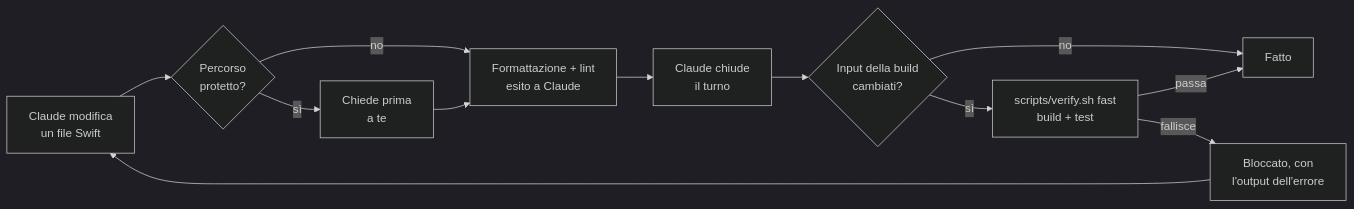
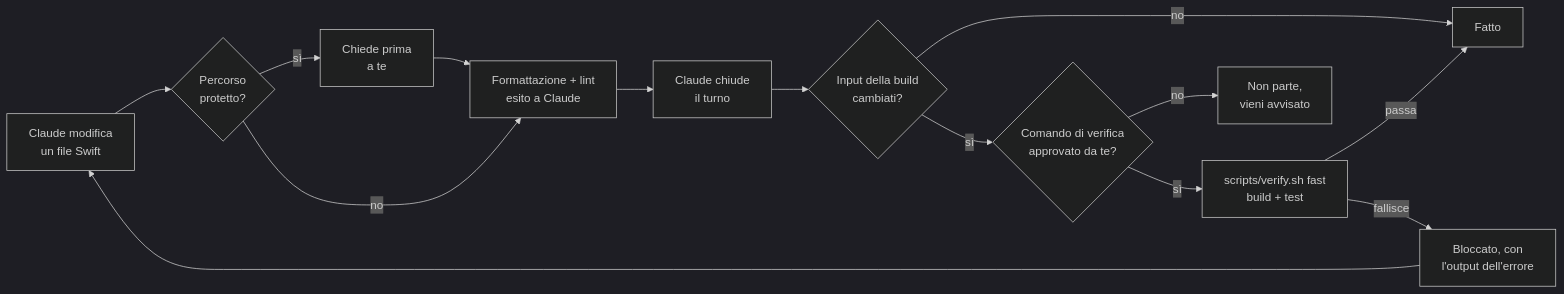
One commit to davidelarocca/mac-dev-plugins changed the diagram in README.it.md. Above: the diagram before and after it, drawn with Mermaid (dark theme). The commit also changed other lines of this file and 13 other files, not shown here.

````diff
--- a/README.it.md
+++ b/README.it.md
@@ -51,14 +51,16 @@
 ```mermaid
 flowchart LR
     A["Claude modifica<br/>un file Swift"] --> B{"Percorso<br/>protetto?"}
     B -- sì --> C["Chiede prima<br/>a te"]
     B -- no --> D["Formattazione + lint<br/>esito a Claude"]
     C --> D
     D --> E["Claude chiude<br/>il turno"]
     E --> F{"Input della build<br/>cambiati?"}
     F -- no --> G["Fatto"]
-    F -- sì --> H["scripts/verify.sh fast<br/>build + test"]
+    F -- sì --> J{"Comando di verifica<br/>approvato da te?"}
+    J -- no --> K["Non parte,<br/>vieni avvisato"]
+    J -- sì --> H["scripts/verify.sh fast<br/>build + test"]
     H -- passa --> G
     H -- fallisce --> I["Bloccato, con<br/>l'output dell'errore"]
     I --> A
 ```
````
